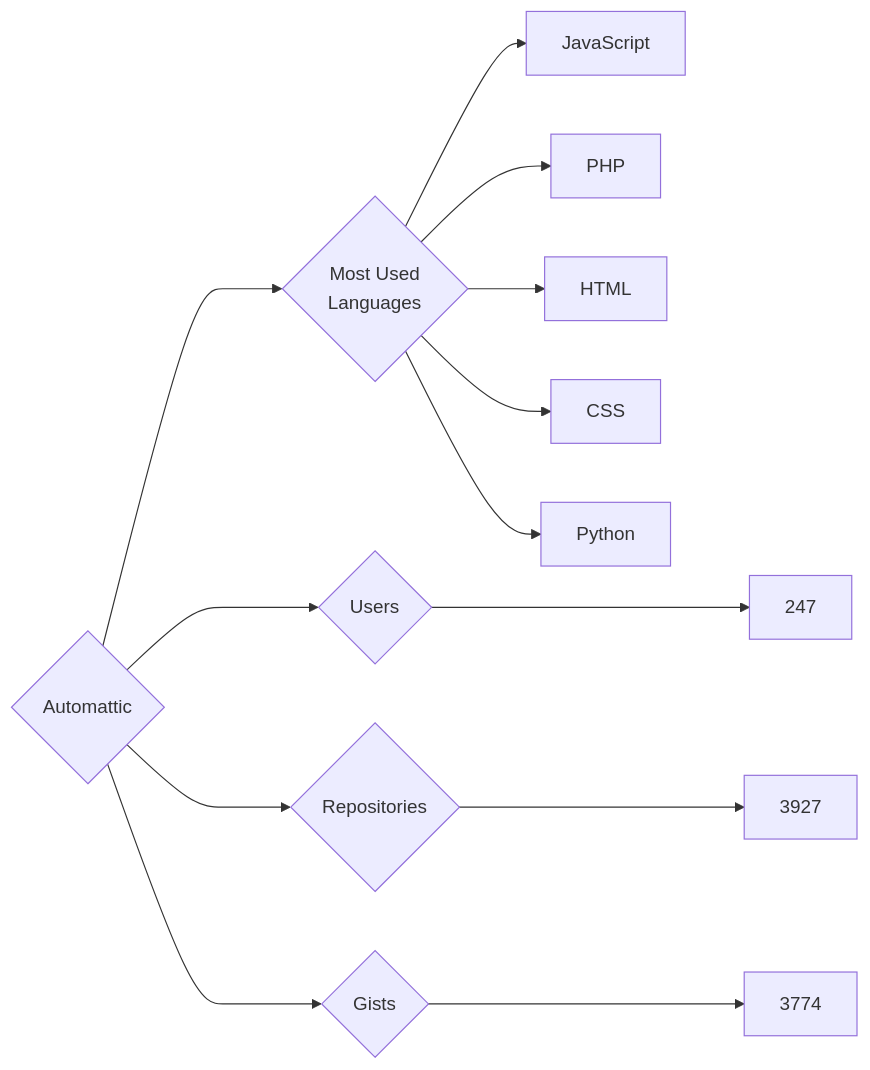
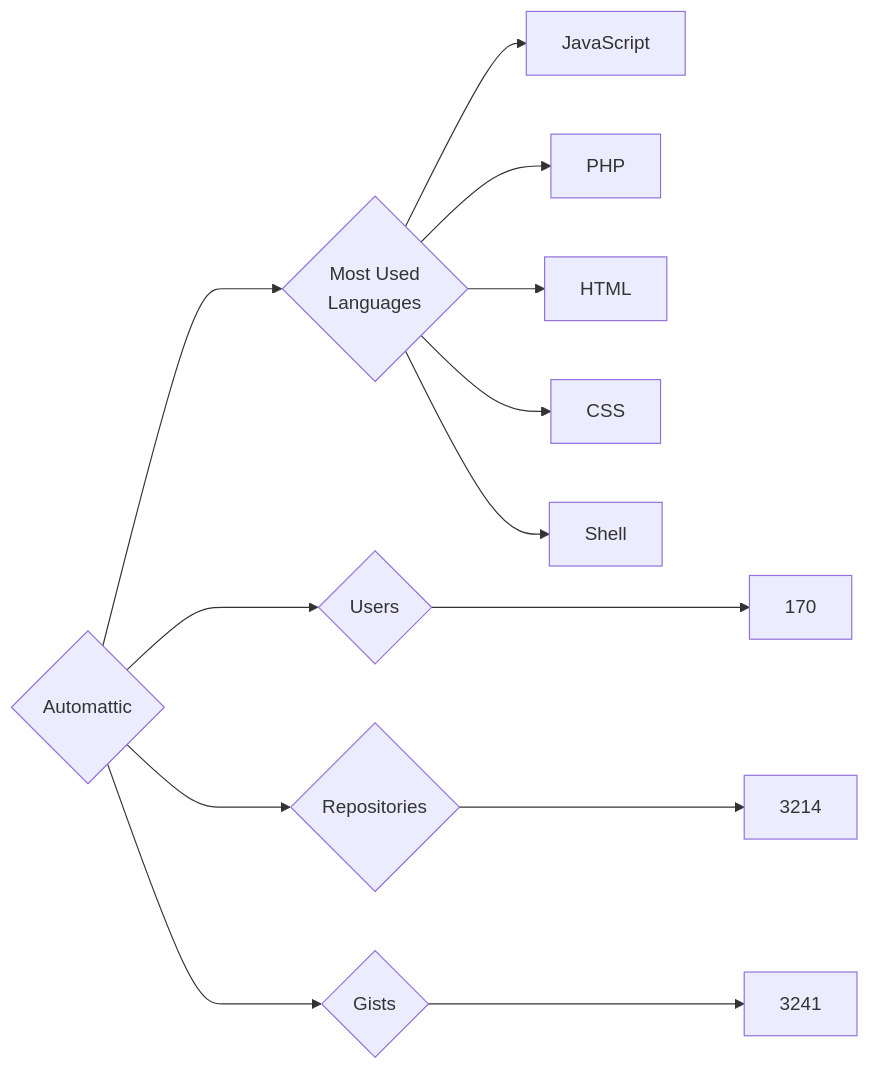
Before and after one commit to trickest/insiders: the diagram in targets/Automattic/README.md, drawn with Mermaid. The commit also changed 927 other files, not shown here.

````diff
--- a/targets/Automattic/README.md
+++ b/targets/Automattic/README.md
@@ -3,13 +3,13 @@
 ```mermaid
 graph LR
 COMPANY_NAME{Automattic}
-COMPANY_NAME ---> U{Users} ---> UN[247]
-COMPANY_NAME ---> R{Repositories} ---> RN[3927]
-COMPANY_NAME ---> G{Gists} ---> GN[3774]
+COMPANY_NAME ---> U{Users} ---> UN[170]
+COMPANY_NAME ---> R{Repositories} ---> RN[3214]
+COMPANY_NAME ---> G{Gists} ---> GN[3241]
 COMPANY_NAME ---> ML{Most Used<br>Languages}
 ML --> JavaScript[JavaScript]
 ML --> PHP[PHP]
 ML --> HTML[HTML]
 ML --> CSS[CSS]
-ML --> Python[Python]
+ML --> Shell[Shell]
 ```
````
